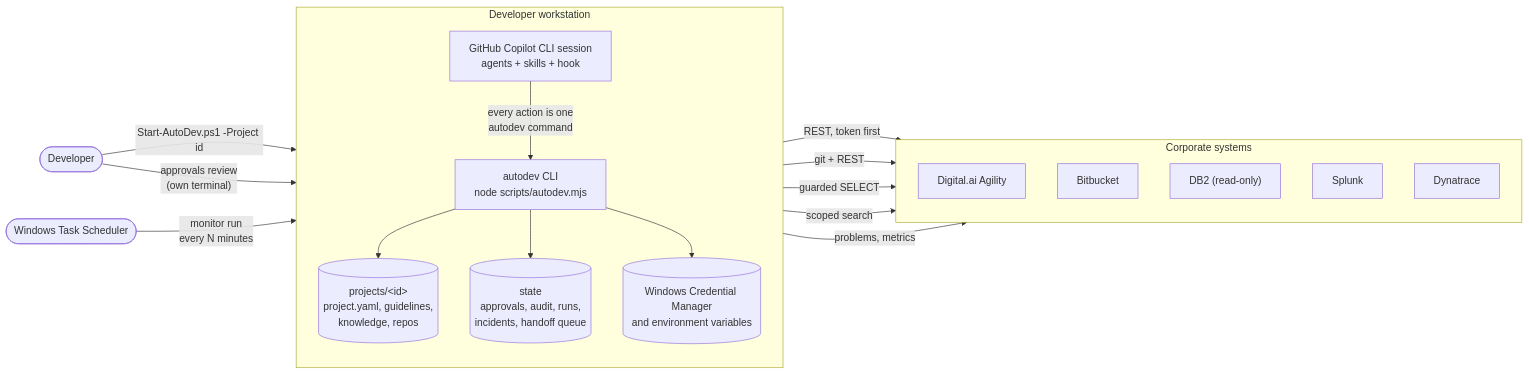
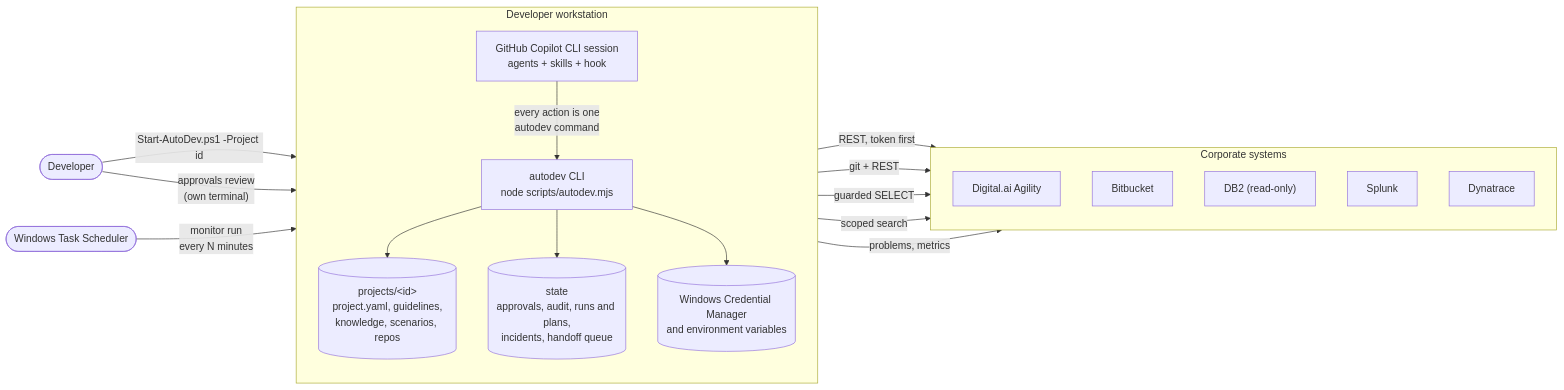
The first of 16 diagrams in docs/diagrams.md (balapininti/Copilot-CLI-Auto-Developer), drawn with Mermaid before and after one commit. The commit also changed other lines of this file and 1 other file, not shown here.

First line of the commit message:
Update the architecture page and diagrams

````diff
--- a/docs/diagrams.md
+++ b/docs/diagrams.md
@@ -24,36 +26,36 @@
 ```mermaid
 flowchart LR
     dev(["Developer"])
     sched(["Windows Task Scheduler"])
 
     subgraph ws["Developer workstation"]
         direction TB
         copilot["GitHub Copilot CLI session<br/>agents + skills + hook"]
         cli["autodev CLI<br/>node scripts/autodev.mjs"]
-        projects[("projects/#lt;id#gt;<br/>project.yaml, guidelines,<br/>knowledge, repos")]
-        state[("state<br/>approvals, audit, runs,<br/>incidents, handoff queue")]
+        projects[("projects/#lt;id#gt;<br/>project.yaml, guidelines,<br/>knowledge, scenarios, repos")]
+        state[("state<br/>approvals, audit, runs and plans,<br/>incidents, handoff queue")]
         creds[("Windows Credential Manager<br/>and environment variables")]
     end
 
     subgraph corp["Corporate systems"]
         direction TB
         agility["Digital.ai Agility"]
         bitbucket["Bitbucket"]
         db2["DB2 (read-only)"]
         splunk["Splunk"]
         dynatrace["Dynatrace"]
     end
 
     dev -- "Start-AutoDev.ps1 -Project id" --> copilot
     dev -- "approvals review<br/>(own terminal)" --> cli
     sched -- "monitor run<br/>every N minutes" --> cli
     copilot -- "every action is one<br/>autodev command" --> cli
     cli --> projects
     cli --> state
     cli --> creds
     cli -- "REST, token first" --> agility
     cli -- "git + REST" --> bitbucket
     cli -- "guarded SELECT" --> db2
     cli -- "scoped search" --> splunk
     cli -- "problems, metrics" --> dynatrace
 ```
````
